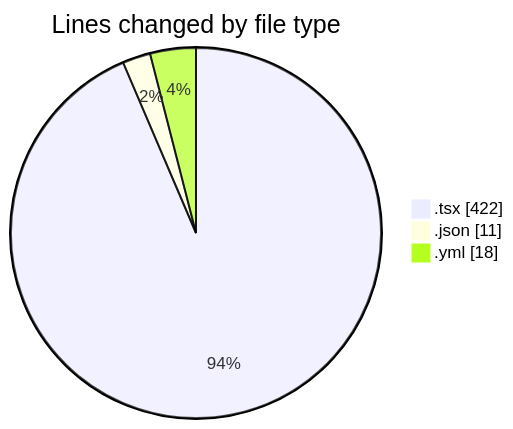
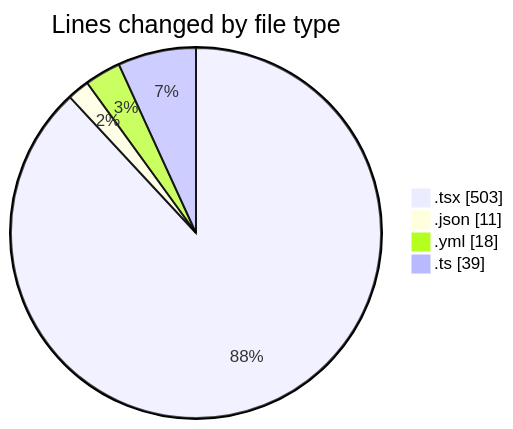
One commit to julien-gomy/code-tracking changed the first of 2 diagrams in 2025-11-27/eventscop-frontend-guide__workspace_/README.md. Above: the diagram before and after it, drawn with Mermaid. The commit also changed other lines of this file and 1 other file, not shown here.

````diff
--- a/2025-11-27/eventscop-frontend-guide__workspace_/README.md
+++ b/2025-11-27/eventscop-frontend-guide__workspace_/README.md
@@ -27,7 +29,8 @@
 ```mermaid
 pie showData
 title Lines changed by file type
-".tsx" : 422
+".tsx" : 503
 ".json" : 11
 ".yml" : 18
+".ts" : 39
 ```
````
